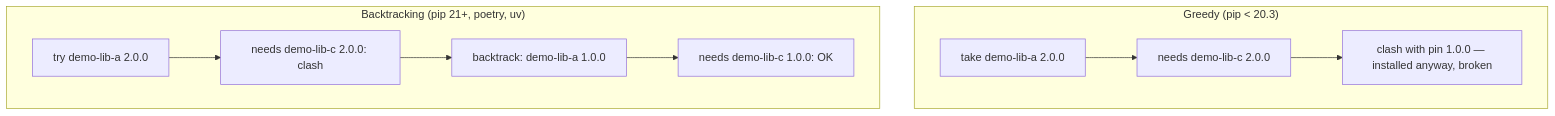
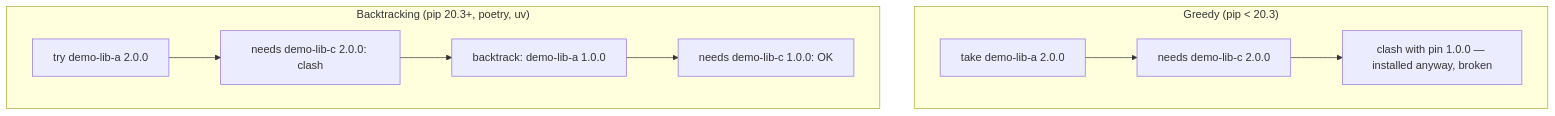
One commit to JavaDependencyHell/fieldguide changed the diagram in demos/python-demo/scenario-3-resolver/guide.qmd. Above: the diagram before and after it, drawn with Mermaid. The commit also changed other lines of this file and 22 other files, not shown here.

````diff
--- a/demos/python-demo/scenario-3-resolver/guide.qmd
+++ b/demos/python-demo/scenario-3-resolver/guide.qmd
@@ -19,12 +19,12 @@
 ```{mermaid}
 %%| fig-width: 4.4
 graph TD
     subgraph greedy["Greedy (pip < 20.3)"]
         A1[take demo-lib-a 2.0.0] --> B1[needs demo-lib-c 2.0.0]
         B1 --> X1[clash with pin 1.0.0 — installed anyway, broken]
     end
-    subgraph backtrack["Backtracking (pip 21+, poetry, uv)"]
+    subgraph backtrack["Backtracking (pip 20.3+, poetry, uv)"]
         A2[try demo-lib-a 2.0.0] --> B2[needs demo-lib-c 2.0.0: clash]
         B2 --> C2[backtrack: demo-lib-a 1.0.0] --> D2[needs demo-lib-c 1.0.0: OK]
     end
 ```
````
